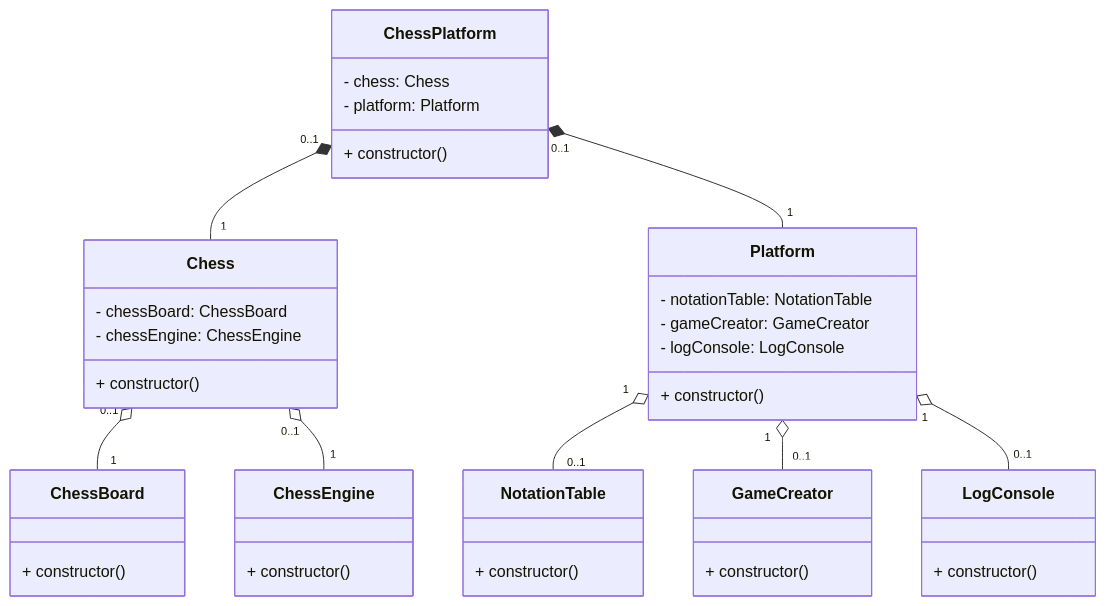
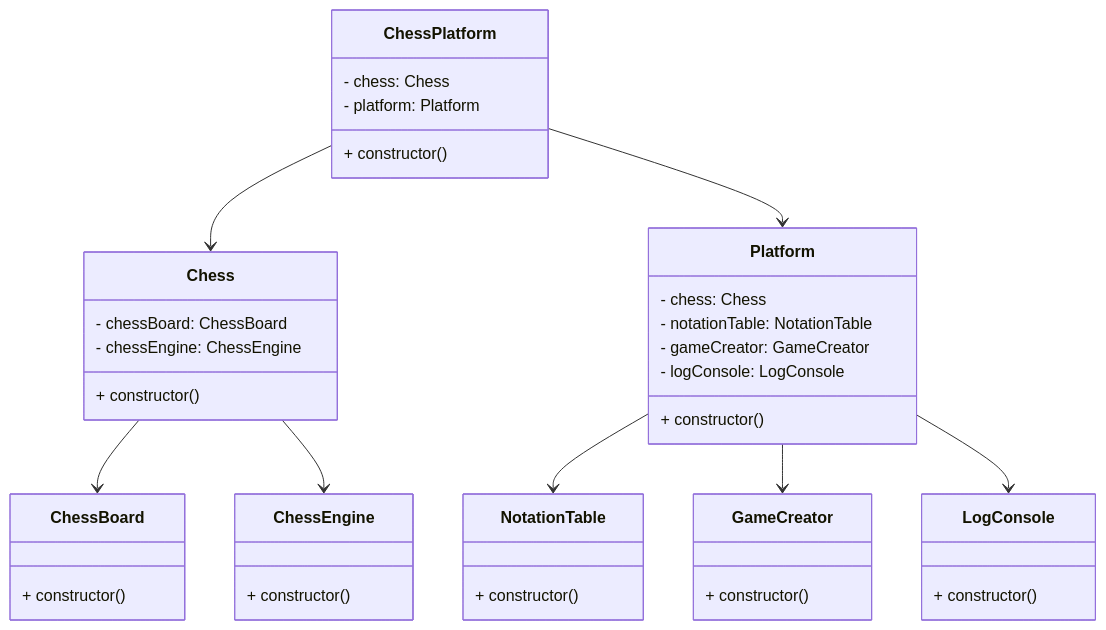
The diagram in README.md (SuperLogic-stack/chess-arena), drawn with Mermaid before and after one commit.

````diff
--- a/README.md
+++ b/README.md
@@ -80,43 +80,44 @@
 ```mermaid
 classDiagram
   class ChessPlatform {
     - chess: Chess
     - platform: Platform
     + constructor()
   }
   class Chess {
     - chessBoard: ChessBoard
     - chessEngine: ChessEngine
     + constructor()
   }
   class ChessEngine {
     + constructor()
   }
   class ChessBoard {
     + constructor()
   }
   class Platform {
+    - chess: Chess
     - notationTable: NotationTable
     - gameCreator: GameCreator
     - logConsole: LogConsole
     + constructor()
   }
   class NotationTable {
     + constructor()
   }
   class GameCreator {
     + constructor()
   }
   class LogConsole {
     + constructor()
   }
 
-  ChessPlatform "0..1" *-- "1" Chess
-  ChessPlatform "0..1" *-- "1" Platform
-  Chess "0..1" o-- "1" ChessBoard
-  Chess "0..1" o-- "1" ChessEngine
-  Platform "1" o-- "0..1" NotationTable
-  Platform "1" o-- "0..1" GameCreator
-  Platform "1" o-- "0..1" LogConsole
+  ChessPlatform --> Chess
+  ChessPlatform --> Platform
+  Chess --> ChessBoard
+  Chess --> ChessEngine
+  Platform --> NotationTable
+  Platform --> GameCreator
+  Platform --> LogConsole
 
 ```
````
